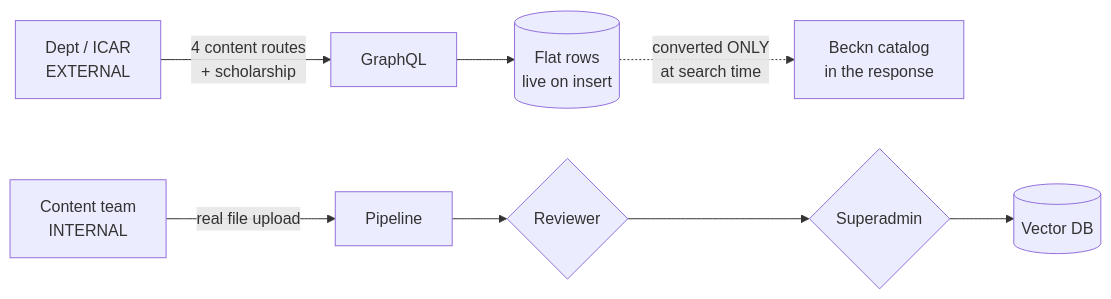
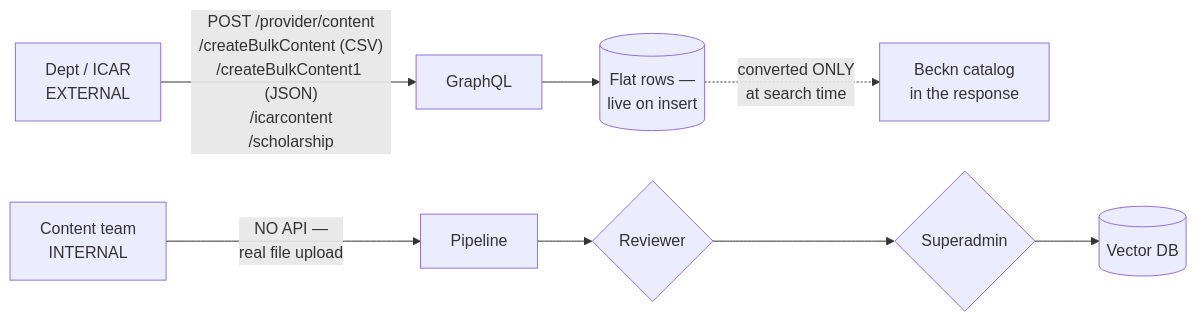
Before and after one commit to manjudr/documents: the second of 5 diagrams in ARCHITECTURE.md, drawn with Mermaid. The commit also changed other lines of this file, not shown here.

Commit message:
Show publish API endpoints as arrows in the publish diagram

````diff
--- a/ARCHITECTURE.md
+++ b/ARCHITECTURE.md
@@ -143,9 +143,9 @@
 ```mermaid
 graph LR
-  D["Dept / ICAR<br/>EXTERNAL"] -->|"4 content routes<br/>+ scholarship"| G["GraphQL"]
-  G --> DB[("Flat rows<br/>live on insert")]
+  D["Dept / ICAR<br/>EXTERNAL"] -->|"POST /provider/content<br/>/createBulkContent (CSV)<br/>/createBulkContent1 (JSON)<br/>/icarcontent<br/>/scholarship"| G["GraphQL"]
+  G --> DB[("Flat rows —<br/>live on insert")]
   DB -.->|"converted ONLY<br/>at search time"| B["Beckn catalog<br/>in the response"]
 
-  T["Content team<br/>INTERNAL"] -->|"real file upload"| P["Pipeline"]
+  T["Content team<br/>INTERNAL"] -->|"NO API —<br/>real file upload"| P["Pipeline"]
   P --> R{"Reviewer"} --> S{"Superadmin"} --> V[("Vector DB")]
 ```
````
